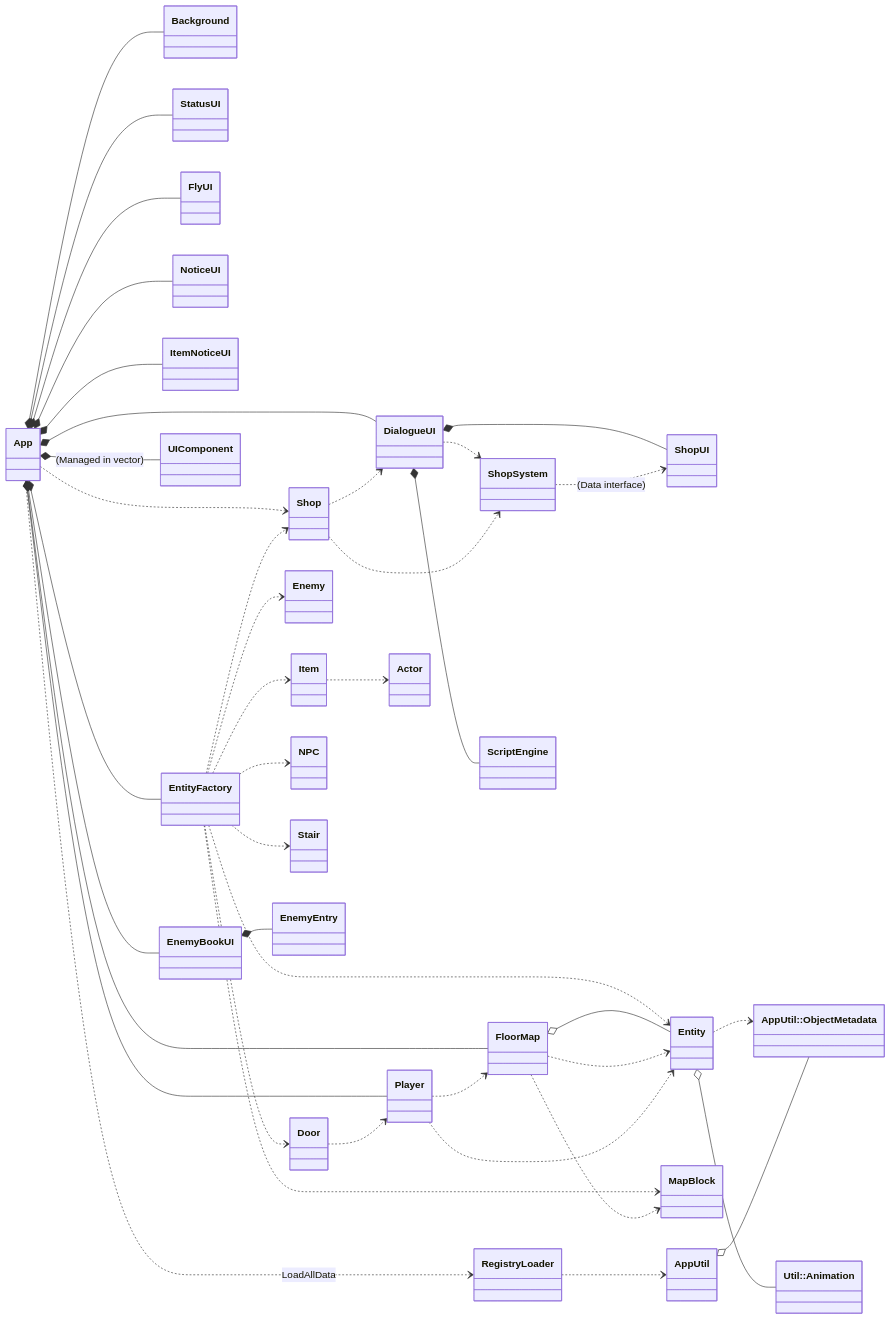
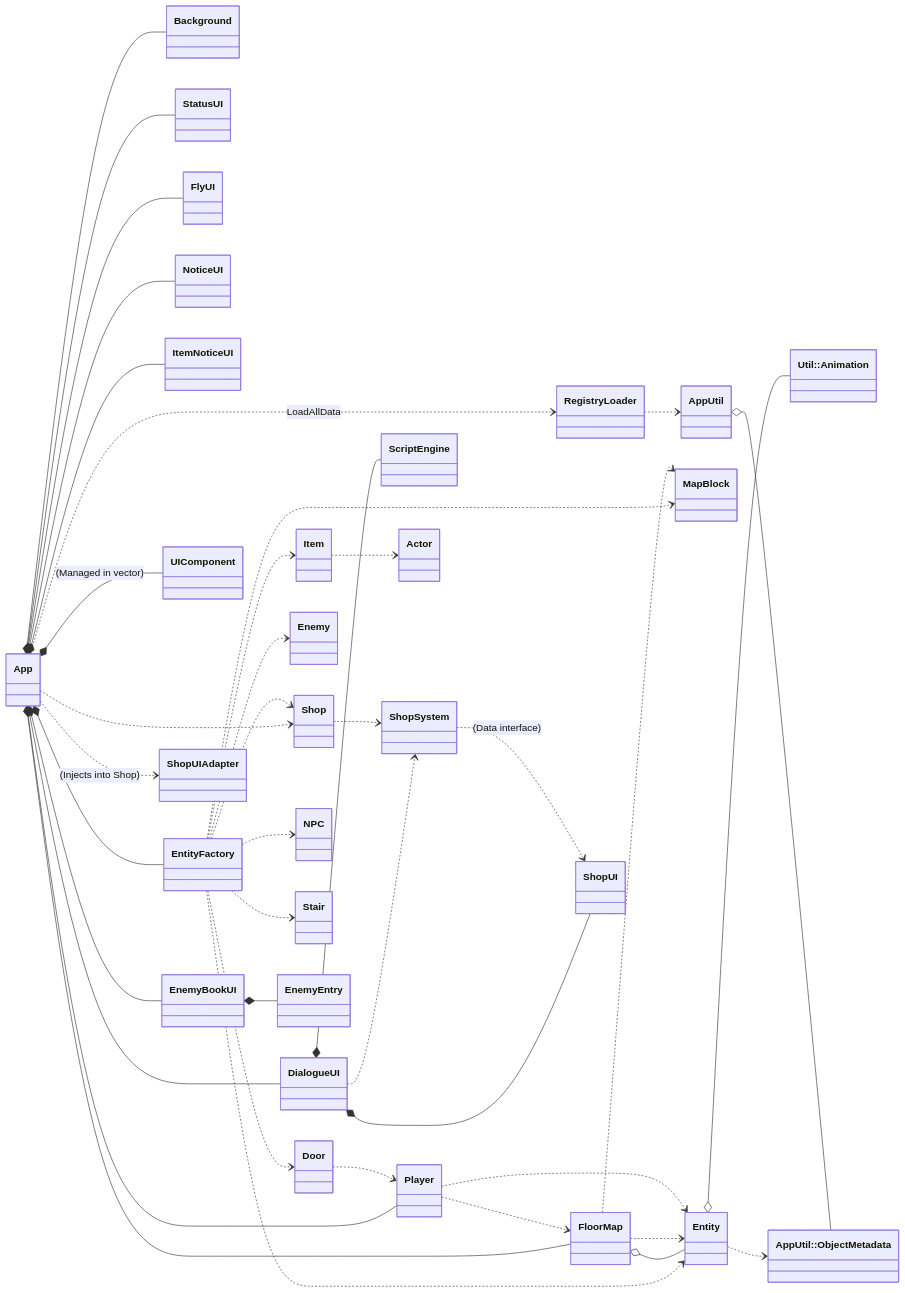
The fourth of 4 diagrams in Constructure.md (XWJWPIY/schoolwork_recreate_magic_tower), drawn with Mermaid before and after one commit. The commit also changed 8 other files, not shown here.

Commit message:
refactor: decouple Shop via ShopUIAdapter, add forward declarations

````diff
--- a/Constructure.md
+++ b/Constructure.md
@@ -483,52 +483,52 @@
 ```mermaid
 classDiagram
     direction LR
     class Animation["Util::Animation"]
     class ObjectMetadata["AppUtil::ObjectMetadata"]
 
     App ..> RegistryLoader : LoadAllData
     App *-- Background
     App *-- FloorMap
     App *-- Player
     App *-- StatusUI
     App *-- FlyUI
     App *-- NoticeUI
     App *-- ItemNoticeUI
     App *-- DialogueUI
     App *-- EnemyBookUI
     App *-- UIComponent : (Managed in vector)
     App *-- EntityFactory
     App ..> Shop
     DialogueUI *-- ScriptEngine
     DialogueUI *-- ShopUI
     DialogueUI ..> ShopSystem
     ShopSystem ..> ShopUI : (Data interface)
     Shop ..> ShopSystem
 
     EntityFactory ..> Entity
     EntityFactory ..> MapBlock
     EntityFactory ..> Door
     EntityFactory ..> Enemy
     EntityFactory ..> Item
     EntityFactory ..> NPC
     EntityFactory ..> Shop
     EntityFactory ..> Stair
 
     FloorMap o-- Entity
     FloorMap ..> MapBlock
     FloorMap ..> Entity
 
     Entity o-- Animation
     Entity ..> ObjectMetadata
 
     Player ..> FloorMap
     Player ..> Entity
-    Shop ..> DialogueUI
     Door ..> Player
     Item ..> Actor
+    App ..> ShopUIAdapter : (Injects into Shop)
 
     EnemyBookUI *-- EnemyEntry
 
     RegistryLoader ..> AppUtil
     AppUtil o-- ObjectMetadata
 ```
````
